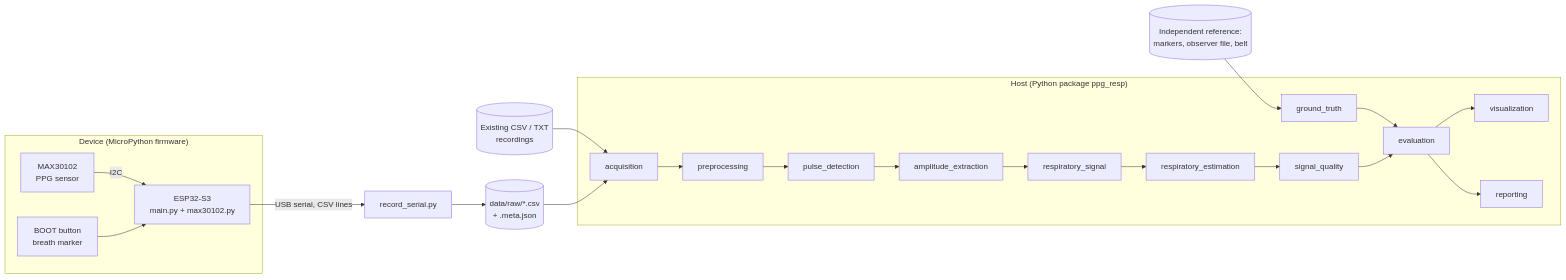
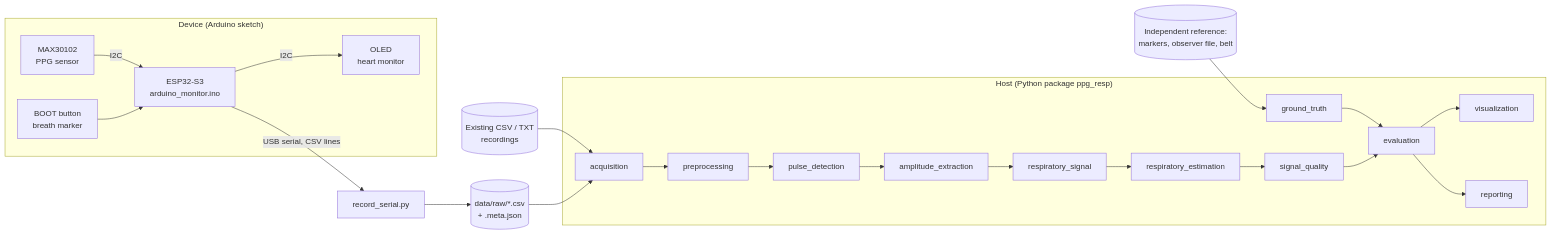
Before and after one commit to capitalisming/heart-beat: the first of 2 diagrams in docs/architecture.md, drawn with Mermaid. The commit also changed 24 other files, not shown here.

First line of the commit message:
Make the Arduino IDE the only firmware path; drop MicroPython

````diff
--- a/docs/architecture.md
+++ b/docs/architecture.md
@@ -9,21 +9,22 @@
 ```mermaid
 flowchart LR
-    subgraph Device["Device (MicroPython firmware)"]
-        S[MAX30102<br/>PPG sensor] -- I2C --> M[ESP32-S3<br/>main.py + max30102.py]
+    subgraph Device["Device (Arduino sketch)"]
+        S[MAX30102<br/>PPG sensor] -- I2C --> M[ESP32-S3<br/>arduino_monitor.ino]
         B[BOOT button<br/>breath marker] --> M
+        M -- I2C --> O[OLED<br/>heart monitor]
     end
     M -- "USB serial, CSV lines" --> R[record_serial.py]
     R --> F[(data/raw/*.csv<br/>+ .meta.json)]
     X[(Existing CSV / TXT<br/>recordings)] --> A
     F --> A
     subgraph Host["Host (Python package ppg_resp)"]
         A[acquisition] --> P[preprocessing] --> D[pulse_detection] --> E[amplitude_extraction]
         E --> RS[respiratory_signal] --> RE[respiratory_estimation]
         RE --> Q[signal_quality]
         GT[ground_truth] --> EV[evaluation]
         Q --> EV
         EV --> V[visualization]
         EV --> RP[reporting]
     end
     REF[(Independent reference:<br/>markers, observer file, belt)] --> GT
 ```
````
